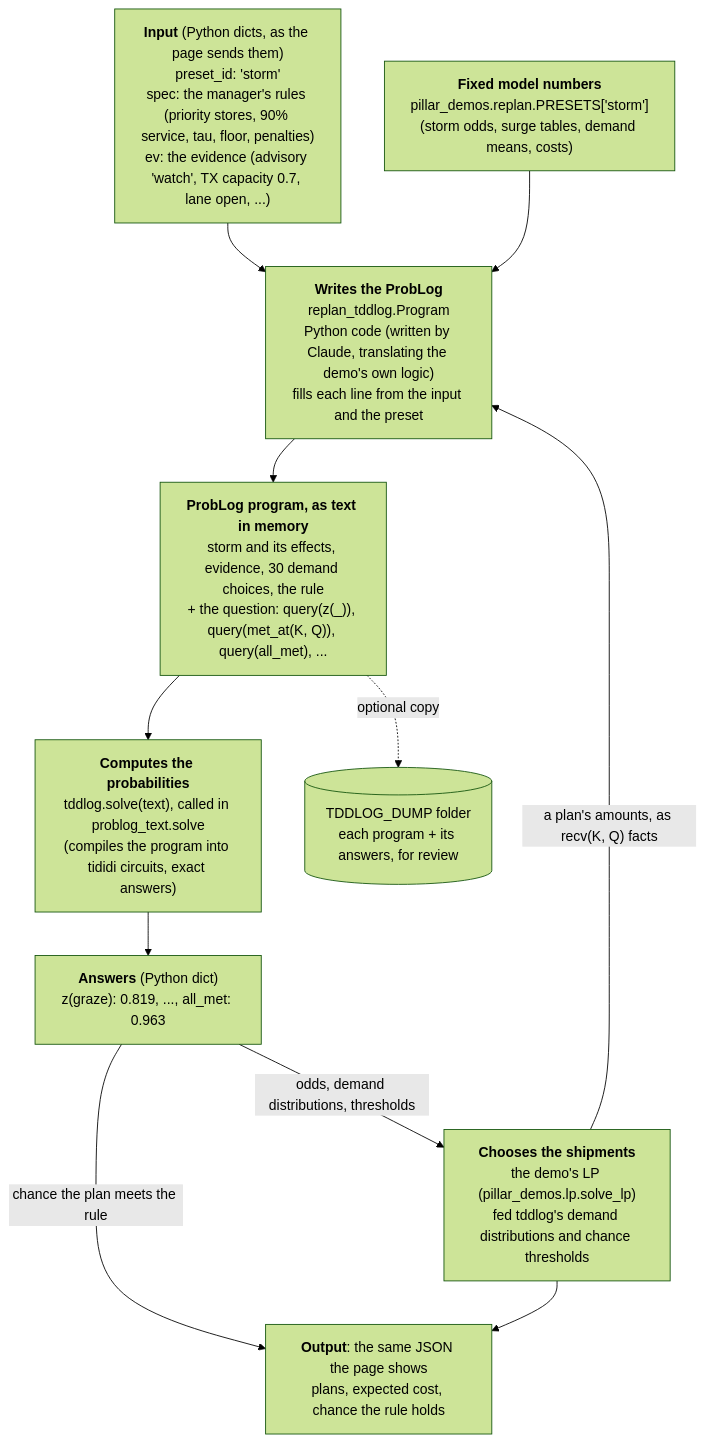
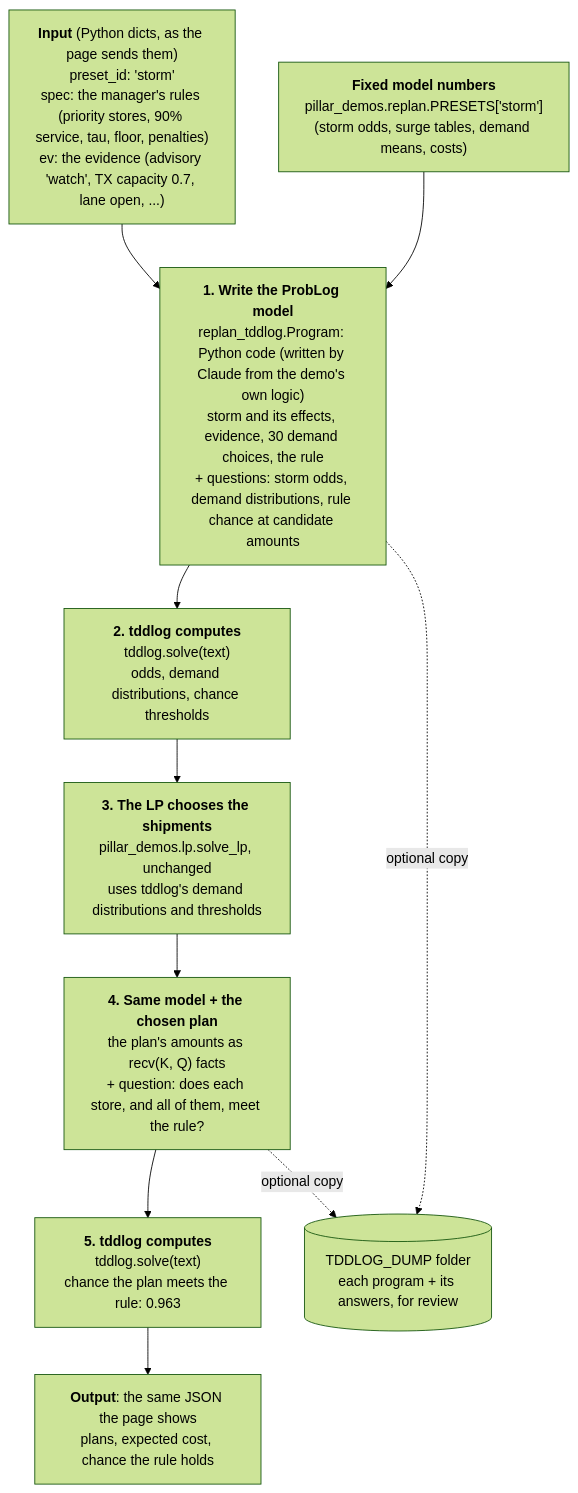
The diagram in experiments/tddlog-demos/README.md (usc-isi-i2/pillar-playground), drawn with Mermaid (forest theme) before and after one commit. The commit also changed other lines of this file, not shown here.

Commit message:
Draw the tddlog flow as two passes, not a loop
The plan's amounts go back into the same ProbLog model once per plan, to score
it; nothing returns to the LP. The diagram now shows the five steps in order,
and the note under it says why the dump holds more programs than plans.

````diff
--- a/experiments/tddlog-demos/README.md
+++ b/experiments/tddlog-demos/README.md
@@ -13,21 +13,18 @@
 ```mermaid
 flowchart TD
     IN["<b>Input</b> (Python dicts, as the page sends them)<br/>preset_id: 'storm'<br/>spec: the manager's rules (priority stores, 90% service, tau, floor, penalties)<br/>ev: the evidence (advisory 'watch', TX capacity 0.7, lane open, ...)"]
     PRESET["<b>Fixed model numbers</b><br/>pillar_demos.replan.PRESETS['storm']<br/>(storm odds, surge tables, demand means, costs)"]
-    GEN["<b>Writes the ProbLog</b><br/>replan_tddlog.Program<br/>Python code (written by Claude, translating the demo's own logic)<br/>fills each line from the input and the preset"]
-    TEXT["<b>ProbLog program, as text in memory</b><br/>storm and its effects, evidence, 30 demand choices, the rule<br/>+ the question: query(z(_)), query(met_at(K, Q)), query(all_met), ..."]
-    TDD["<b>Computes the probabilities</b><br/>tddlog.solve(text), called in problog_text.solve<br/>(compiles the program into tididi circuits, exact answers)"]
-    ANS["<b>Answers</b> (Python dict)<br/>z(graze): 0.819, ..., all_met: 0.963"]
-    LP["<b>Chooses the shipments</b><br/>the demo's LP (pillar_demos.lp.solve_lp)<br/>fed tddlog's demand distributions and chance thresholds"]
+    GEN1["<b>1. Write the ProbLog model</b><br/>replan_tddlog.Program: Python code (written by Claude from the demo's own logic)<br/>storm and its effects, evidence, 30 demand choices, the rule<br/>+ questions: storm odds, demand distributions, rule chance at candidate amounts"]
+    TDD1["<b>2. tddlog computes</b><br/>tddlog.solve(text)<br/>odds, demand distributions, chance thresholds"]
+    LP["<b>3. The LP chooses the shipments</b><br/>pillar_demos.lp.solve_lp, unchanged<br/>uses tddlog's demand distributions and thresholds"]
+    GEN2["<b>4. Same model + the chosen plan</b><br/>the plan's amounts as recv(K, Q) facts<br/>+ question: does each store, and all of them, meet the rule?"]
+    TDD2["<b>5. tddlog computes</b><br/>tddlog.solve(text)<br/>chance the plan meets the rule: 0.963"]
     OUT["<b>Output</b>: the same JSON the page shows<br/>plans, expected cost, chance the rule holds"]
     DUMP[("TDDLOG_DUMP folder<br/>each program + its answers, for review")]
 
-    IN --> GEN
-    PRESET --> GEN
-    GEN --> TEXT --> TDD --> ANS
-    ANS -- "odds, demand distributions, thresholds" --> LP
-    LP -- "a plan's amounts, as recv(K, Q) facts" --> GEN
-    ANS -- "chance the plan meets the rule" --> OUT
-    LP --> OUT
-    TEXT -. "optional copy" .-> DUMP
+    IN --> GEN1
+    PRESET --> GEN1
+    GEN1 --> TDD1 --> LP --> GEN2 --> TDD2 --> OUT
+    GEN1 -. "optional copy" .-> DUMP
+    GEN2 -. "optional copy" .-> DUMP
 ```
````
